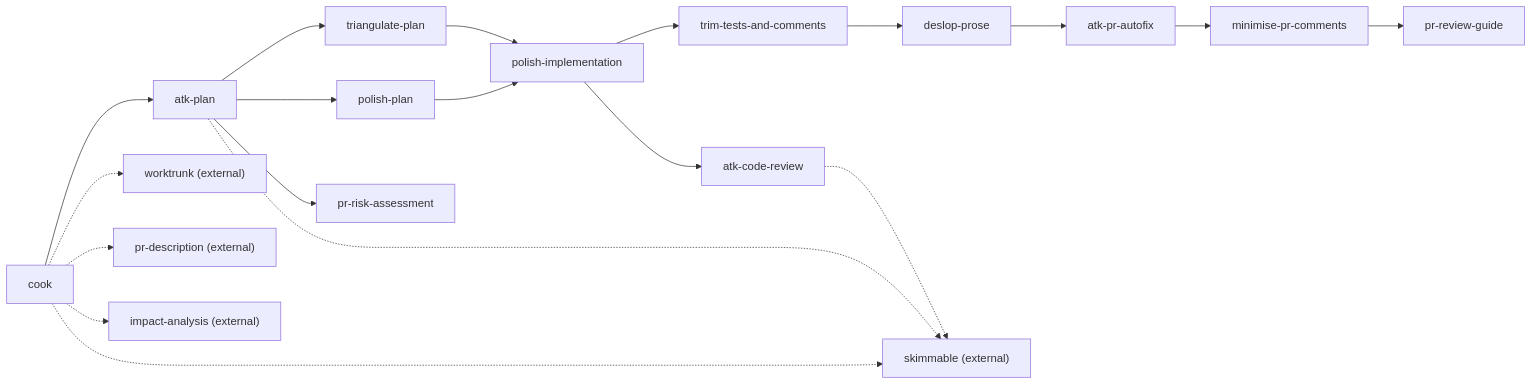
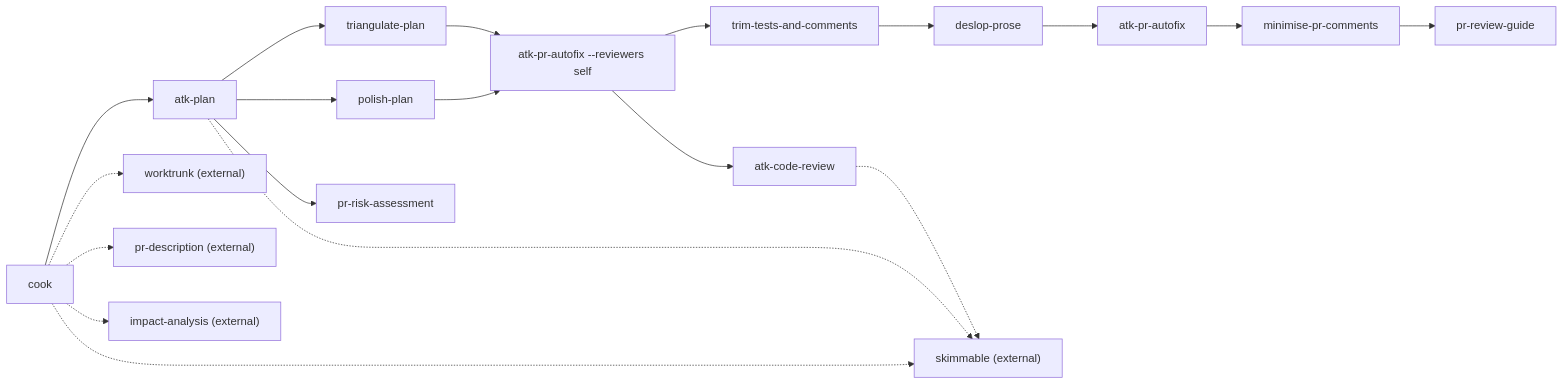
The diagram in docs/skills.md (rstacruz/agentic-toolkit), drawn with Mermaid before and after one commit. The commit also changed other lines of this file and 15 other files, not shown here.

First line of the commit message:
Sync skills from dotfiles: compact atk-plan, autofix self-review

````diff
--- a/docs/skills.md
+++ b/docs/skills.md
@@ -5,22 +5,22 @@
 ```mermaid
 graph LR
   cook["cook"] --> atk_plan["atk-plan"]
   atk_plan --> polish_plan["polish-plan"]
   atk_plan --> triangulate_plan["triangulate-plan"]
   atk_plan --> pr_risk_assessment["pr-risk-assessment"]
-  polish_plan --> polish_implementation["polish-implementation"]
-  triangulate_plan --> polish_implementation
-  polish_implementation --> atk_code_review["atk-code-review"]
-  polish_implementation --> trim_tests_and_comments["trim-tests-and-comments"]
+  polish_plan --> self_review["atk-pr-autofix --reviewers self"]
+  triangulate_plan --> self_review
+  self_review --> atk_code_review["atk-code-review"]
+  self_review --> trim_tests_and_comments["trim-tests-and-comments"]
   trim_tests_and_comments --> deslop_prose["deslop-prose"]
   deslop_prose --> atk_pr_autofix["atk-pr-autofix"]
   atk_pr_autofix --> minimise_pr_comments["minimise-pr-comments"]
   minimise_pr_comments --> pr_review_guide["pr-review-guide"]
 
   cook -.-> worktrunk["worktrunk (external)"]
   cook -.-> pr_description["pr-description (external)"]
   cook -.-> impact_analysis["impact-analysis (external)"]
   cook -.-> skimmable["skimmable (external)"]
   atk_plan -.-> skimmable
   atk_code_review -.-> skimmable
 ```
````
